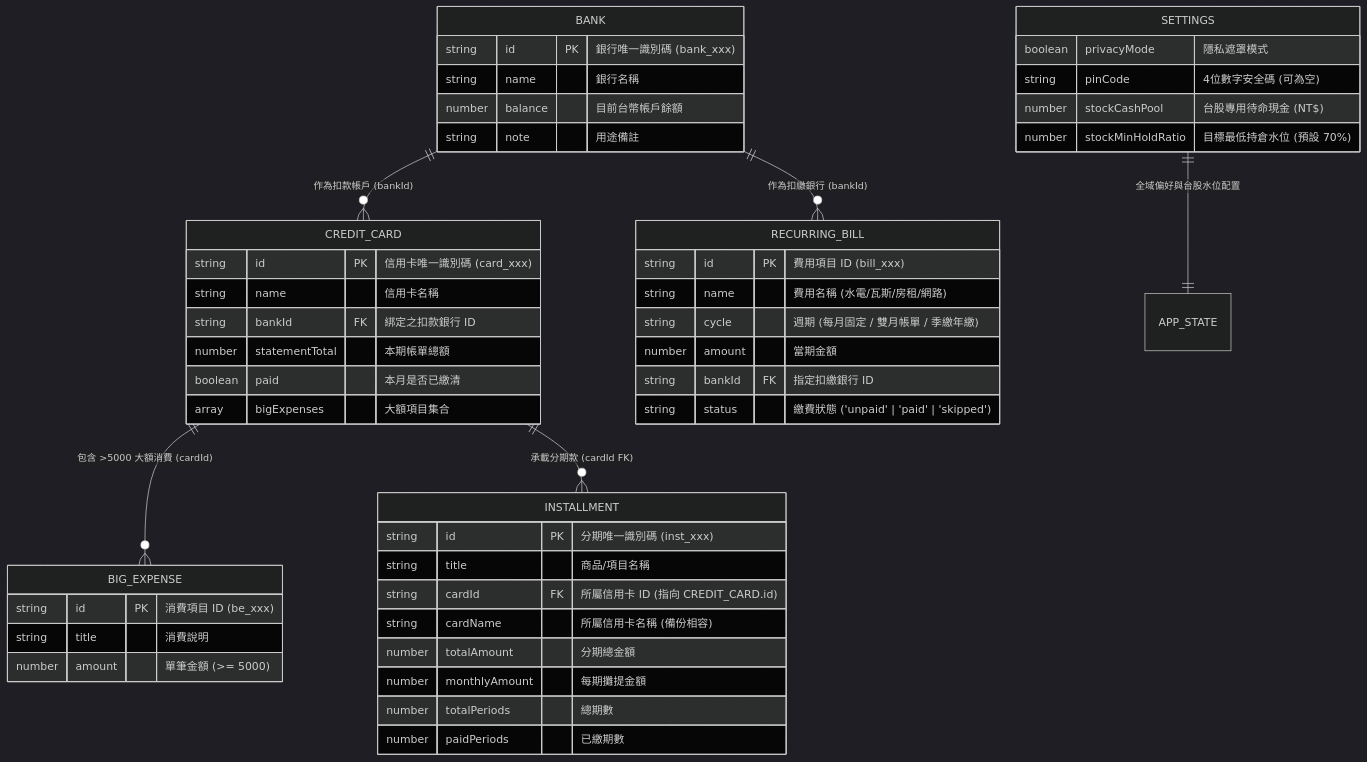
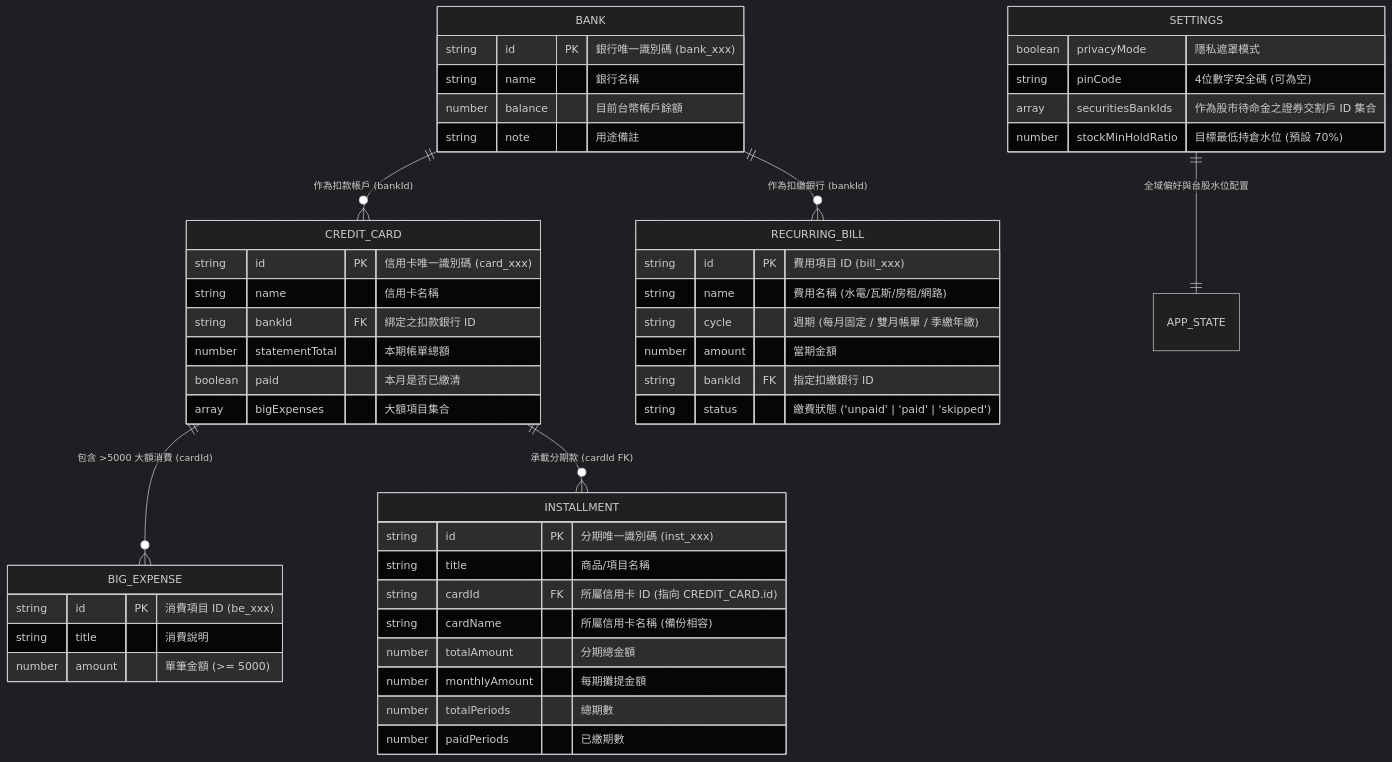
Before and after one commit to wiskinglin/wiskinglin.github.io: the sixth of 6 diagrams in _dev/PocketFlow/SDD.md, drawn with Mermaid (dark theme). The commit also changed other lines of this file and 6 other files, not shown here.

Commit message:
feat(finte): add bills KPI, link stock cash pool to securities banks, and add export timestamp

````diff
--- a/_dev/PocketFlow/SDD.md
+++ b/_dev/PocketFlow/SDD.md
@@ -263,57 +263,57 @@
 ```mermaid
 erDiagram
     BANK ||--o{ CREDIT_CARD : "作為扣款帳戶 (bankId)"
     BANK ||--o{ RECURRING_BILL : "作為扣繳銀行 (bankId)"
     CREDIT_CARD ||--o{ BIG_EXPENSE : "包含 >5000 大額消費 (cardId)"
     CREDIT_CARD ||--o{ INSTALLMENT : "承載分期款 (cardId FK)"
     SETTINGS ||--|| APP_STATE : "全域偏好與台股水位配置"
 
     BANK {
         string id PK "銀行唯一識別碼 (bank_xxx)"
         string name "銀行名稱"
         number balance "目前台幣帳戶餘額"
         string note "用途備註"
     }
 
     CREDIT_CARD {
         string id PK "信用卡唯一識別碼 (card_xxx)"
         string name "信用卡名稱"
         string bankId FK "綁定之扣款銀行 ID"
         number statementTotal "本期帳單總額"
         boolean paid "本月是否已繳清"
         array bigExpenses "大額項目集合"
     }
 
     BIG_EXPENSE {
         string id PK "消費項目 ID (be_xxx)"
         string title "消費說明"
         number amount "單筆金額 (>= 5000)"
     }
 
     RECURRING_BILL {
         string id PK "費用項目 ID (bill_xxx)"
         string name "費用名稱 (水電/瓦斯/房租/網路)"
         string cycle "週期 (每月固定 / 雙月帳單 / 季繳年繳)"
         number amount "當期金額"
         string bankId FK "指定扣繳銀行 ID"
         string status "繳費狀態 ('unpaid' | 'paid' | 'skipped')"
     }
 
     INSTALLMENT {
         string id PK "分期唯一識別碼 (inst_xxx)"
         string title "商品/項目名稱"
         string cardId FK "所屬信用卡 ID (指向 CREDIT_CARD.id)"
         string cardName "所屬信用卡名稱 (備份相容)"
         number totalAmount "分期總金額"
         number monthlyAmount "每期攤提金額"
         number totalPeriods "總期數"
         number paidPeriods "已繳期數"
     }
 
     SETTINGS {
         boolean privacyMode "隱私遮罩模式"
         string pinCode "4位數字安全碼 (可為空)"
-        number stockCashPool "台股專用待命現金 (NT$)"
+        array securitiesBankIds "作為股市待命金之證券交割戶 ID 集合"
         number stockMinHoldRatio "目標最低持倉水位 (預設 70%)"
     }
 ```
````
